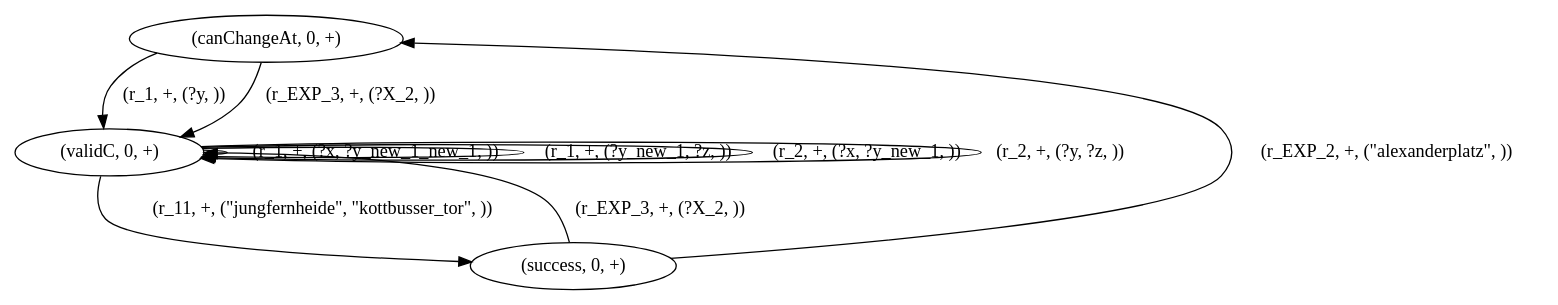
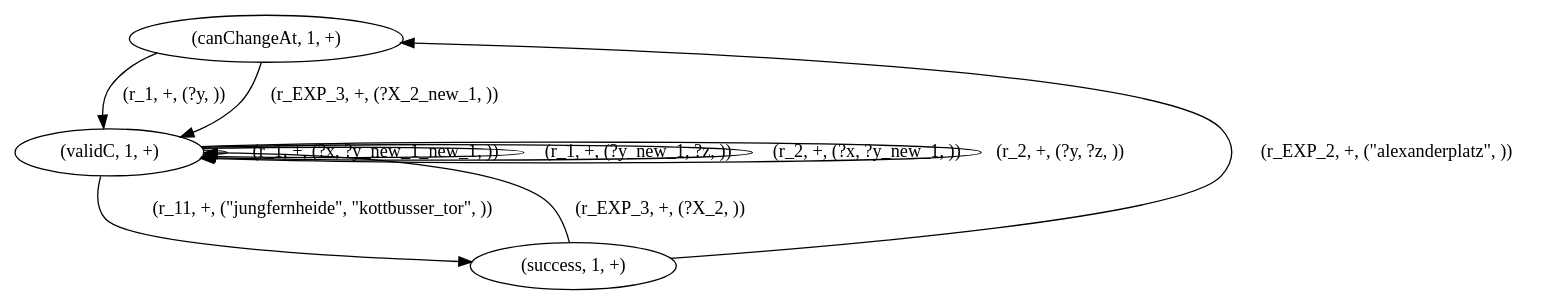
One commit to Leo-Aus-Berlin/nemo-metamorphic-testing changed the diagram in mtf_EXP_358/debug/pre_update_reduced_adg.dot. Above: the diagram before and after it, drawn with Graphviz. The commit also changed 17 other files, not shown here.

```diff
--- a/mtf_EXP_358/debug/pre_update_reduced_adg.dot
+++ b/mtf_EXP_358/debug/pre_update_reduced_adg.dot
@@ -1,14 +1,14 @@
 digraph {
-    1 [ label = "(canChangeAt, 0, +)" ]
-    8 [ label = "(success, 0, +)" ]
-    10 [ label = "(validC, 0, +)" ]
+    1 [ label = "(canChangeAt, 1, +)" ]
+    8 [ label = "(success, 1, +)" ]
+    10 [ label = "(validC, 1, +)" ]
     10 -> 10 [ label = "(r_1, +, (?x, ?y_new_1_new_1, ))" ]
     10 -> 10 [ label = "(r_1, +, (?y_new_1, ?z, ))" ]
     1 -> 10 [ label = "(r_1, +, (?y, ))" ]
     10 -> 10 [ label = "(r_2, +, (?x, ?y_new_1, ))" ]
     10 -> 10 [ label = "(r_2, +, (?y, ?z, ))" ]
     8 -> 10 [ label = "(r_EXP_3, +, (?X_2, ))" ]
     10 -> 8 [ label = "(r_11, +, (\"jungfernheide\", \"kottbusser_tor\", ))" ]
     8 -> 1 [ label = "(r_EXP_2, +, (\"alexanderplatz\", ))" ]
-    1 -> 10 [ label = "(r_EXP_3, +, (?X_2, ))" ]
+    1 -> 10 [ label = "(r_EXP_3, +, (?X_2_new_1, ))" ]
 }
```
